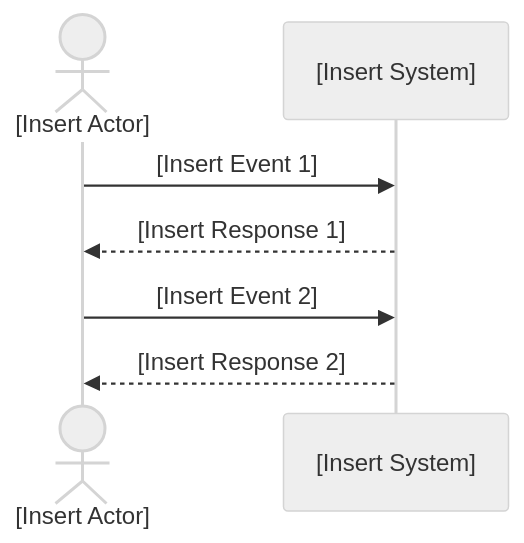
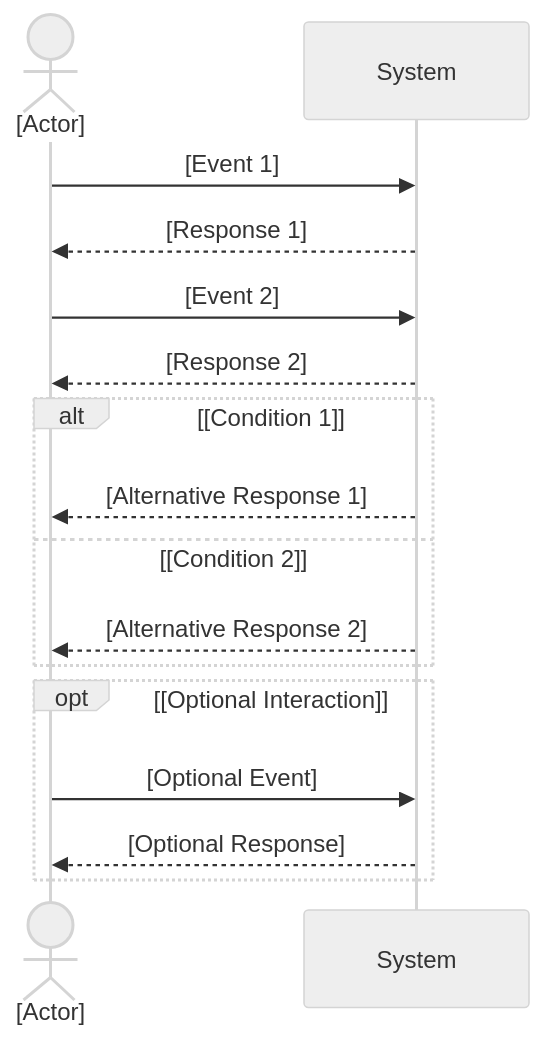
Before and after one commit to TirsvadCLI/Dotnet.DefaultFiles: the first of 2 diagrams in .github/instructions/ssd.instructions.md, drawn with Mermaid (neutral theme). The commit also changed other lines of this file and 16 other files, not shown here.

````diff
--- a/.github/instructions/ssd.instructions.md
+++ b/.github/instructions/ssd.instructions.md
@@ -53,10 +32,18 @@
 ```mermaid
 sequenceDiagram
-    actor [Insert Actor]
-    participant [Insert System]
-    [Insert Actor] ->> [Insert System]: [Insert Event 1]
-    [Insert System] -->> [Insert Actor]: [Insert Response 1]
-    [Insert Actor] ->> [Insert System]: [Insert Event 2]
-    [Insert System] -->> [Insert Actor]: [Insert Response 2]
-    %% Add more events/responses as needed
+    actor [Actor]
+    participant System
+    [Actor] ->> System: [Event 1]
+    System -->> [Actor]: [Response 1]
+    [Actor] ->> System: [Event 2]
+    System -->> [Actor]: [Response 2]
+    alt [Condition 1]
+        System -->> [Actor]: [Alternative Response 1]
+    else [Condition 2]
+        System -->> [Actor]: [Alternative Response 2]
+    end
+    opt [Optional Interaction]
+        [Actor] ->> System: [Optional Event]
+        System -->> [Actor]: [Optional Response]
+    end
 ```
````
